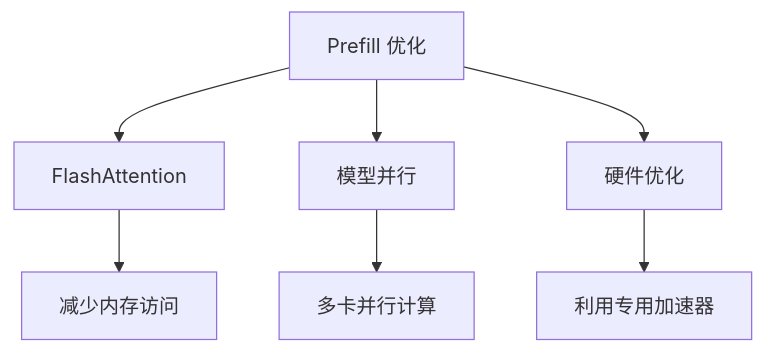
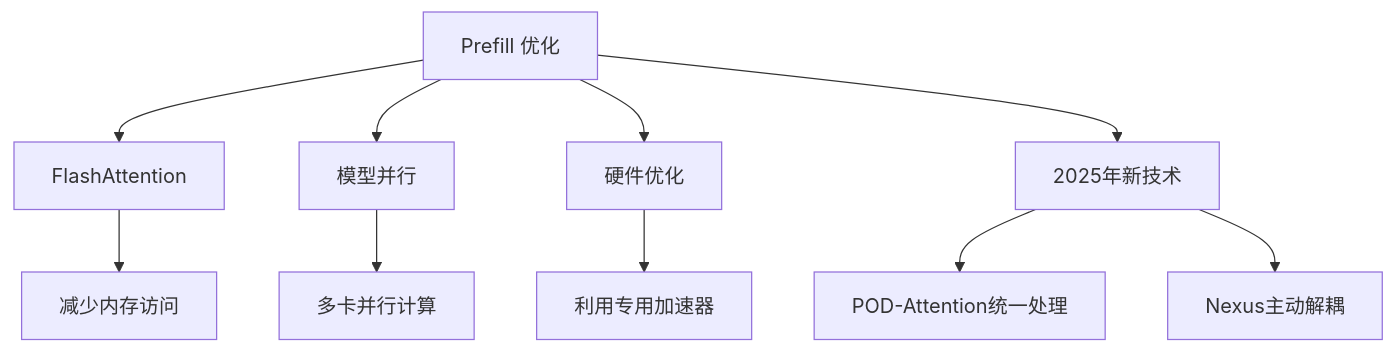
Before and after one commit to Xunzhuo/mini-sglang: diagram 11 of 14 in learning/website/docs/basics/14-inference-process.md, drawn with Mermaid. The commit also changed other lines of this file and 9 other files, not shown here.

````diff
--- a/learning/website/docs/basics/14-inference-process.md
+++ b/learning/website/docs/basics/14-inference-process.md
@@ -250,10 +368,13 @@
 ```mermaid
 graph TB
     Goal[Prefill 优化] --> Tech1[FlashAttention]
     Goal --> Tech2[模型并行]
     Goal --> Tech3[硬件优化]
+    Goal --> Tech4[2025年新技术]
     
     Tech1 --> D1[减少内存访问]
     Tech2 --> D2[多卡并行计算]
     Tech3 --> D3[利用专用加速器]
+    Tech4 --> D4[POD-Attention统一处理]
+    Tech4 --> D5[Nexus主动解耦]
 ```
````
